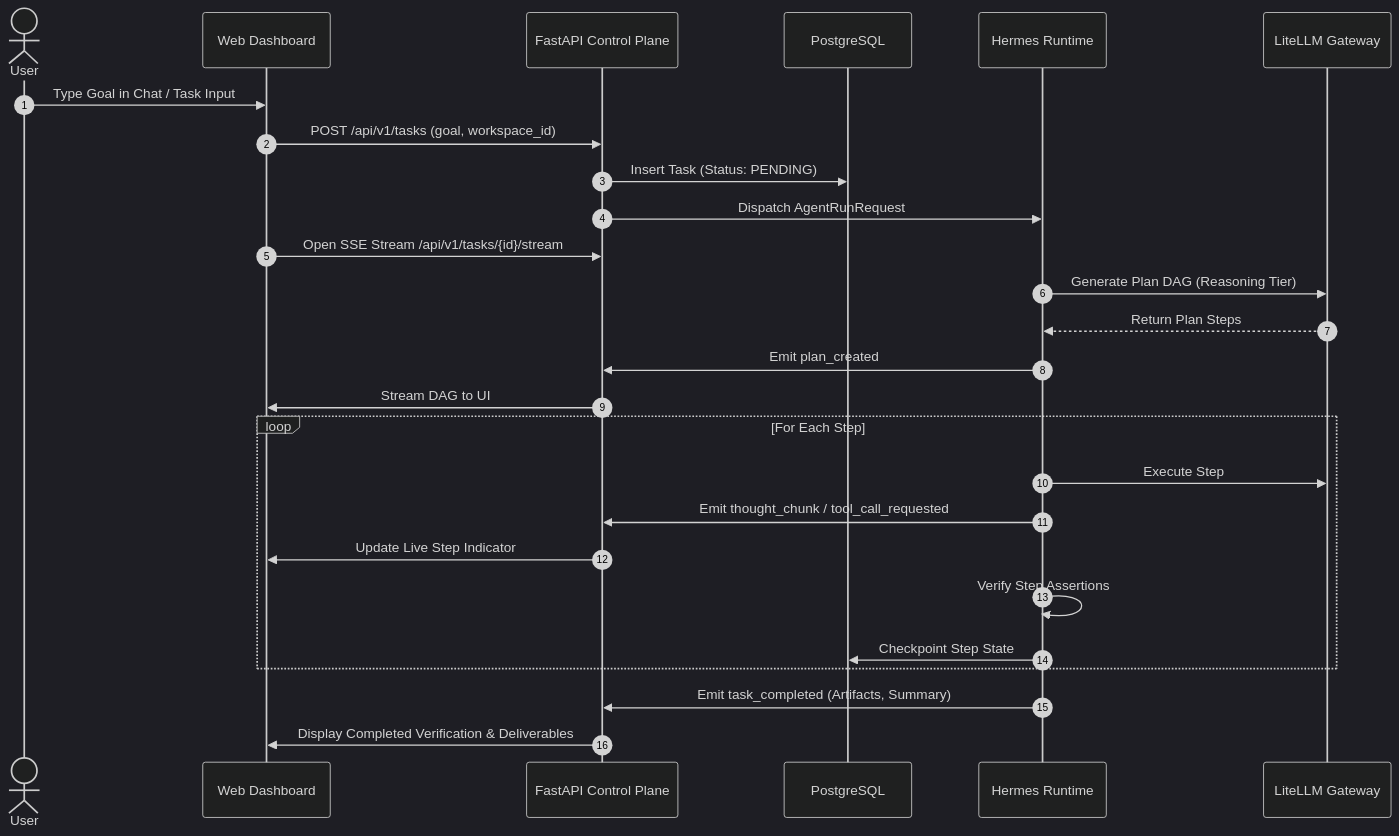
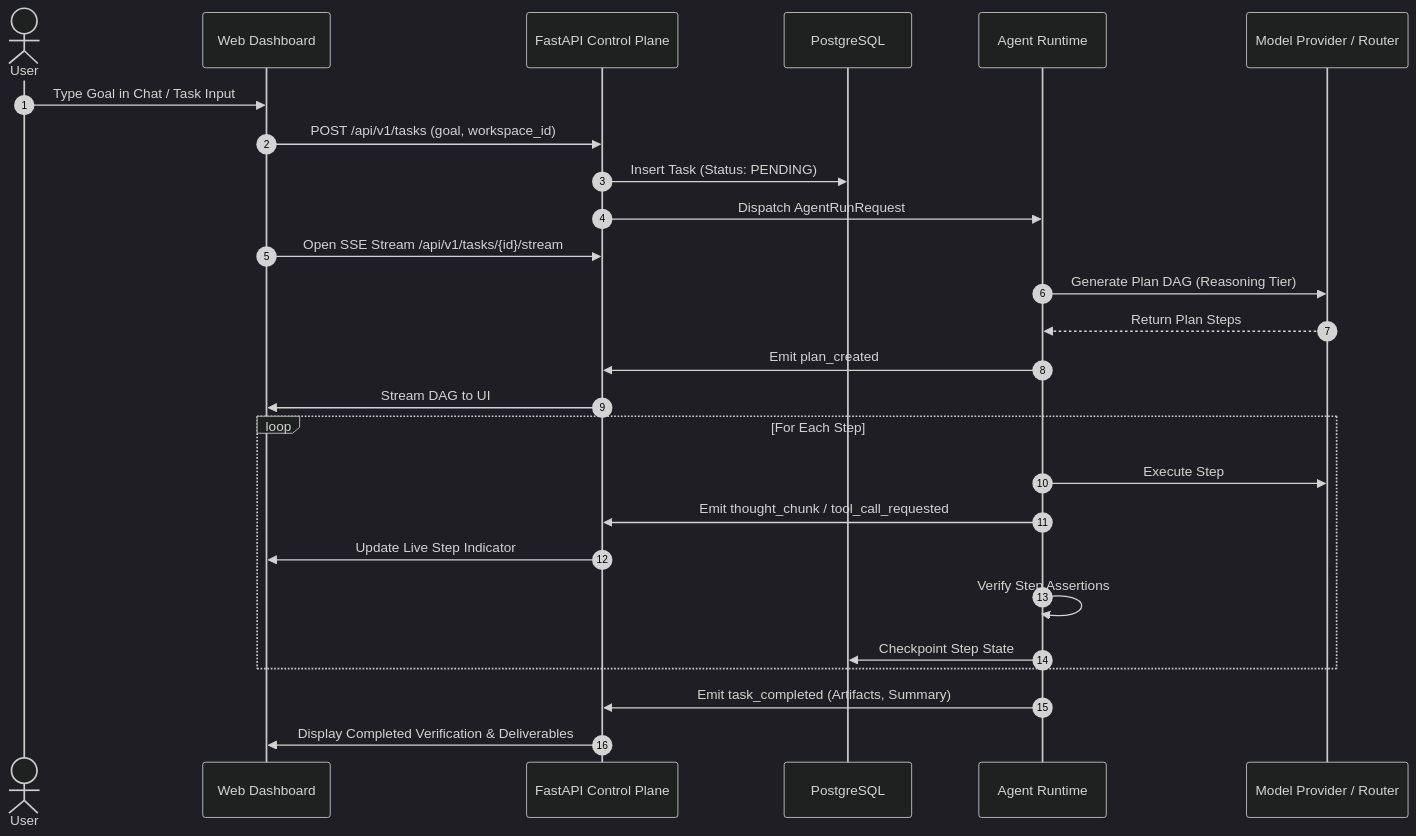
One commit to Rohitpvt/AURA-Agentic-AI changed the first of 2 diagrams in docs/APP_FLOW.md. Above: the diagram before and after it, drawn with Mermaid (dark theme). The commit also changed other lines of this file and 24 other files, not shown here.

Commit message:
docs: reconcile all foundational architecture and roadmap specifications for Phase 1-9 completion

````diff
--- a/docs/APP_FLOW.md
+++ b/docs/APP_FLOW.md
@@ -38,31 +38,31 @@
 ```mermaid
 sequenceDiagram
     autonumber
     actor User
     participant Web as Web Dashboard
     participant API as FastAPI Control Plane
     participant DB as PostgreSQL
-    participant Runtime as Hermes Runtime
-    participant Model as LiteLLM Gateway
+    participant Runtime as Agent Runtime
+    participant Model as Model Provider / Router
 
     User->>Web: Type Goal in Chat / Task Input
     Web->>API: POST /api/v1/tasks (goal, workspace_id)
     API->>DB: Insert Task (Status: PENDING)
     API->>Runtime: Dispatch AgentRunRequest
     Web->>API: Open SSE Stream /api/v1/tasks/{id}/stream
     Runtime->>Model: Generate Plan DAG (Reasoning Tier)
     Model-->>Runtime: Return Plan Steps
     Runtime->>API: Emit plan_created
     API->>Web: Stream DAG to UI
 
     loop For Each Step
         Runtime->>Model: Execute Step
         Runtime->>API: Emit thought_chunk / tool_call_requested
         API->>Web: Update Live Step Indicator
         Runtime->>Runtime: Verify Step Assertions
         Runtime->>DB: Checkpoint Step State
     end
 
     Runtime->>API: Emit task_completed (Artifacts, Summary)
     API->>Web: Display Completed Verification & Deliverables
 ```
````
